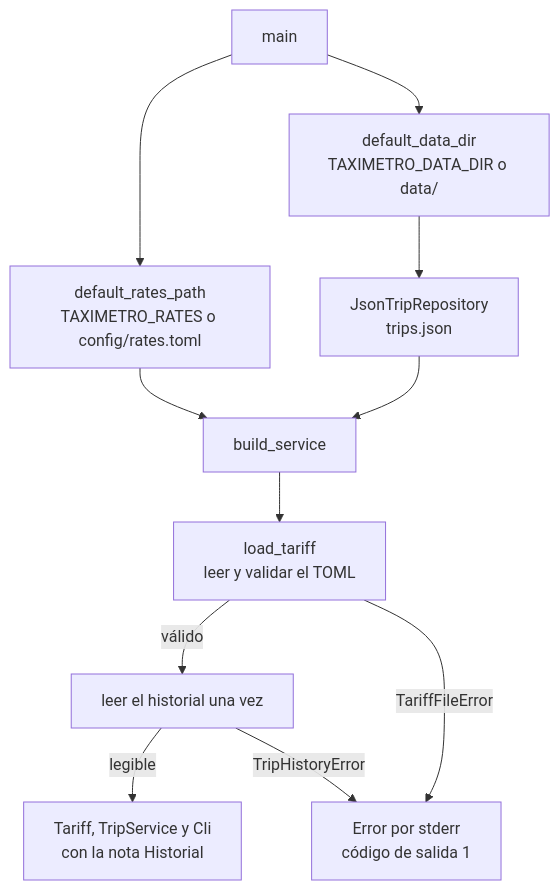
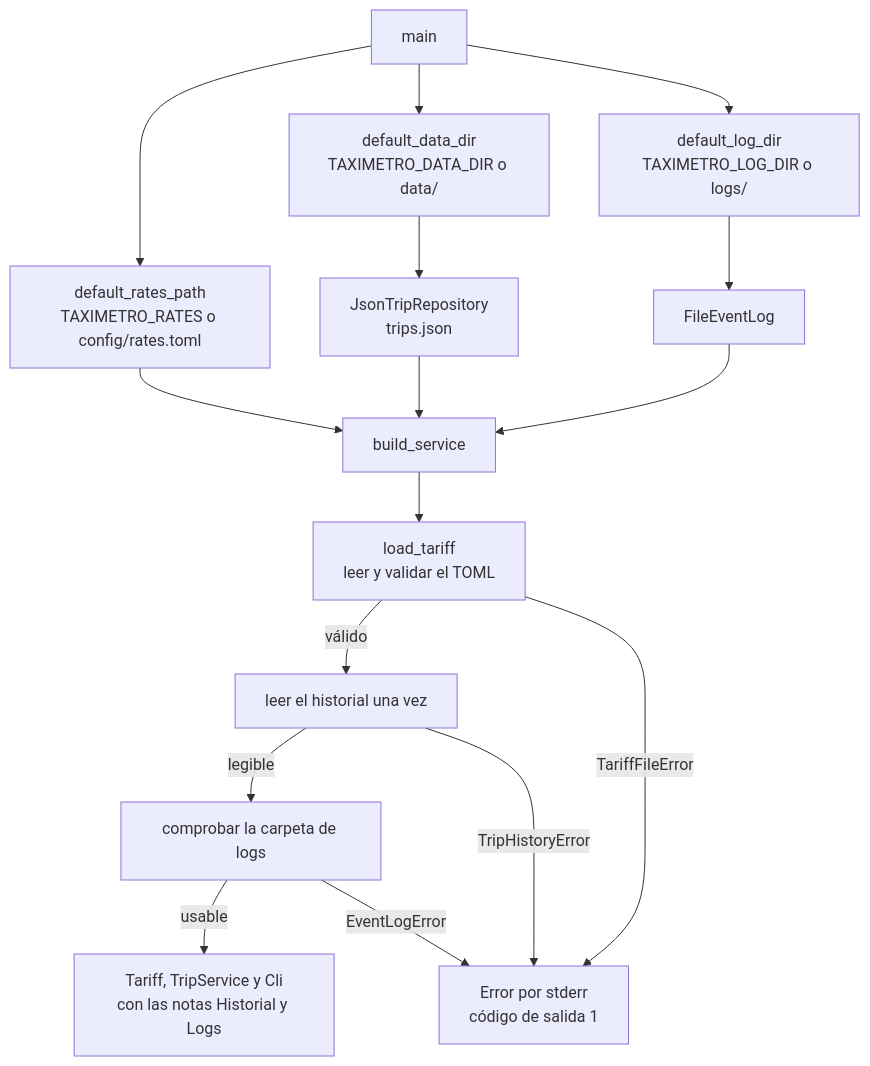
One commit to josegalindo-aidev/F5-project-py-taximetro changed the fourth of 4 diagrams in docs/ARCHITECTURE.md. Above: the diagram before and after it, drawn with Mermaid. The commit also changed other lines of this file and 3 other files, not shown here.

````diff
--- a/docs/ARCHITECTURE.md
+++ b/docs/ARCHITECTURE.md
@@ -347,13 +380,18 @@
 ```mermaid
 flowchart TD
     A["main"] --> B["default_rates_path<br/>TAXIMETRO_RATES o config/rates.toml"]
     A --> G["default_data_dir<br/>TAXIMETRO_DATA_DIR o data/"]
     G --> H["JsonTripRepository<br/>trips.json"]
     B --> C["build_service"]
     H --> C
+    A --> L["default_log_dir<br/>TAXIMETRO_LOG_DIR o logs/"]
+    L --> M["FileEventLog"]
+    M --> C
     C --> D["load_tariff<br/>leer y validar el TOML"]
     D -->|válido| I["leer el historial una vez"]
-    I -->|legible| E["Tariff, TripService y Cli<br/>con la nota Historial"]
+    I -->|legible| J["comprobar la carpeta de logs"]
+    J -->|usable| E["Tariff, TripService y Cli<br/>con las notas Historial y Logs"]
+    J -->|EventLogError| F
     D -->|TariffFileError| F["Error por stderr<br/>código de salida 1"]
     I -->|TripHistoryError| F
 ```
````
